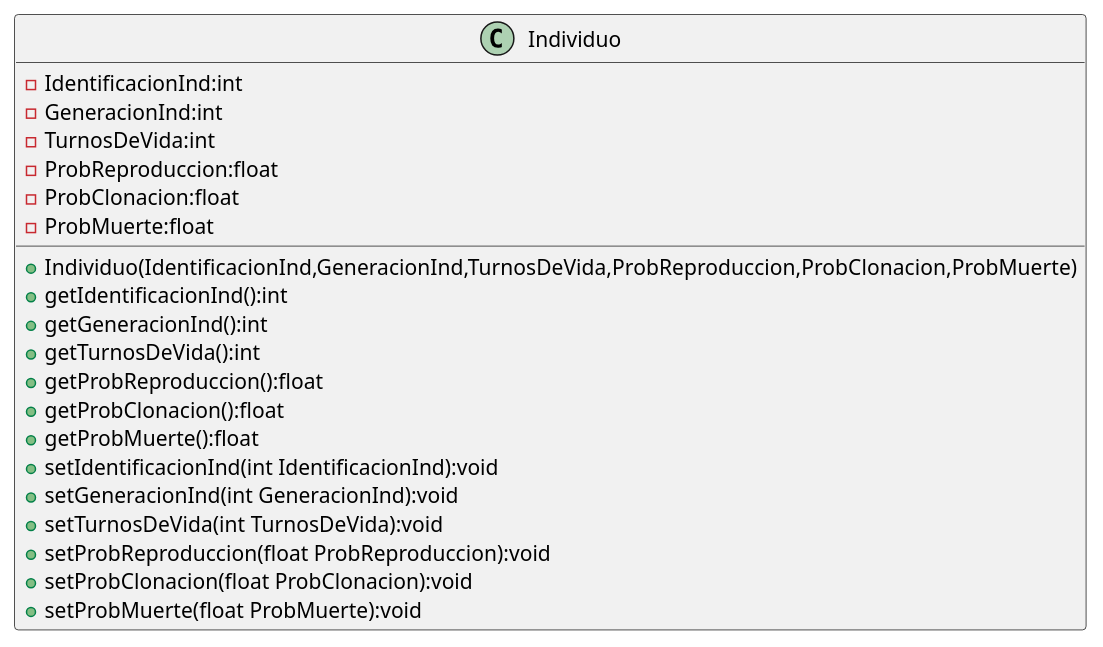
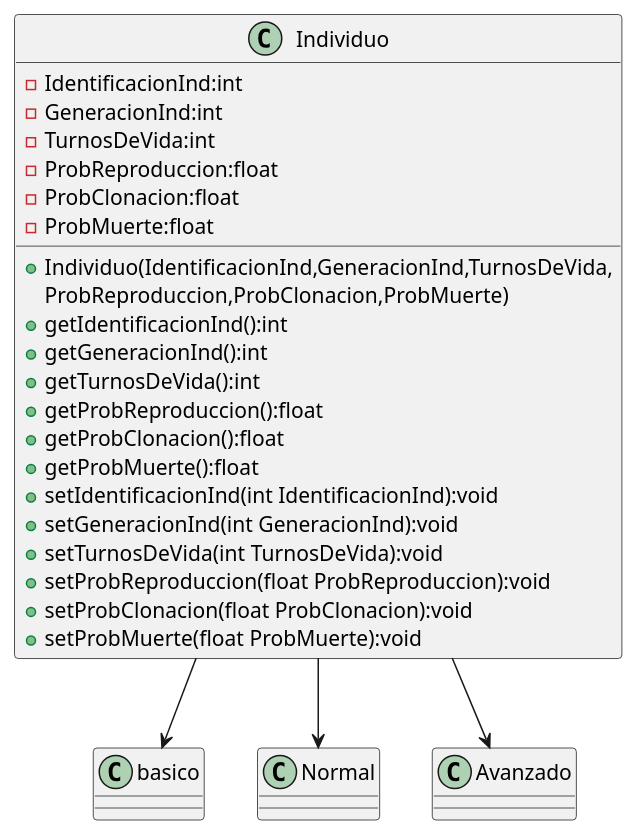
Before and after one commit to JorgeTenorio10/TrabajoFinalMetProg_EdD: the diagram in Individuo.puml, drawn with PlantUML.

Commit message:
Uml actualizado con los extends

```diff
--- a/Individuo.puml
+++ b/Individuo.puml
@@ -1,24 +1,31 @@
 @startuml
 'https://plantuml.com/sequence-diagram
+Individuo --> basico
+Individuo --> Normal
+Individuo --> Avanzado
 class Individuo {
     -IdentificacionInd:int
     -GeneracionInd:int
     -TurnosDeVida:int
     -ProbReproduccion:float
     -ProbClonacion:float
     -ProbMuerte:float
-    +Individuo(IdentificacionInd,GeneracionInd,TurnosDeVida,ProbReproduccion,ProbClonacion,ProbMuerte)
+    +Individuo(IdentificacionInd,GeneracionInd,TurnosDeVida,
+      ProbReproduccion,ProbClonacion,ProbMuerte)
     +getIdentificacionInd():int
     +getGeneracionInd():int
     +getTurnosDeVida():int
     +getProbReproduccion():float
     +getProbClonacion():float
     +getProbMuerte():float
     +setIdentificacionInd(int IdentificacionInd):void
     +setGeneracionInd(int GeneracionInd):void
     +setTurnosDeVida(int TurnosDeVida):void
     +setProbReproduccion(float ProbReproduccion):void
     +setProbClonacion(float ProbClonacion):void
     +setProbMuerte(float ProbMuerte):void
 }
+class basico
+class Normal
+class Avanzado
 @enduml
```
